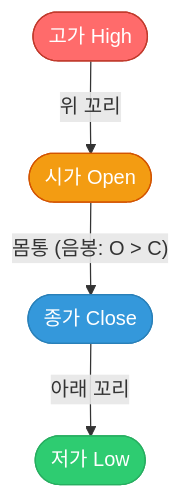
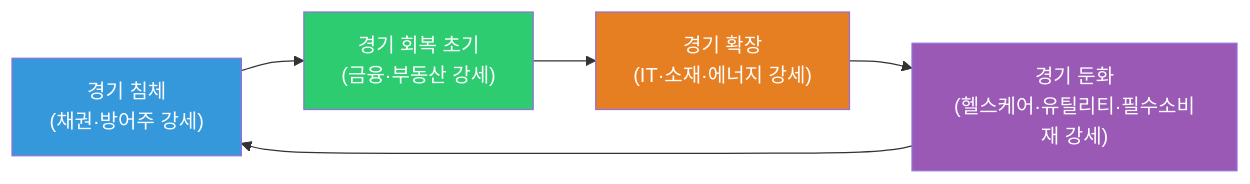
The first of 3 diagrams in docs/11.md (edumgt/python-quant), drawn with Mermaid before and after one commit. The commit also changed other lines of this file and 36 other files, not shown here.

````diff
--- a/docs/11.md
+++ b/docs/11.md
@@ -126,16 +1088,12 @@
 ```mermaid
-flowchart TD
-    H(["고가 High"]):::high
-    O(["시가 Open"]):::open
-    C(["종가 Close"]):::close
-    L(["저가 Low"]):::low
+flowchart LR
+    A["경기 침체\n(채권·방어주 강세)"] --> B["경기 회복 초기\n(금융·부동산 강세)"]
+    B --> C["경기 확장\n(IT·소재·에너지 강세)"]
+    C --> D["경기 둔화\n(헬스케어·유틸리티·필수소비재 강세)"]
+    D --> A
 
-    H -->|"위 꼬리"| O
-    O -->|"몸통 (음봉: O > C)"| C
-    C -->|"아래 꼬리"| L
-
-    classDef high fill:#ff6b6b,color:#fff,stroke:#c0392b
-    classDef open fill:#f39c12,color:#fff,stroke:#d35400
-    classDef close fill:#3498db,color:#fff,stroke:#2980b9
-    classDef low fill:#2ecc71,color:#fff,stroke:#27ae60
+    style A fill:#3498db,color:#fff
+    style B fill:#2ecc71,color:#fff
+    style C fill:#e67e22,color:#fff
+    style D fill:#9b59b6,color:#fff
 ```
````
